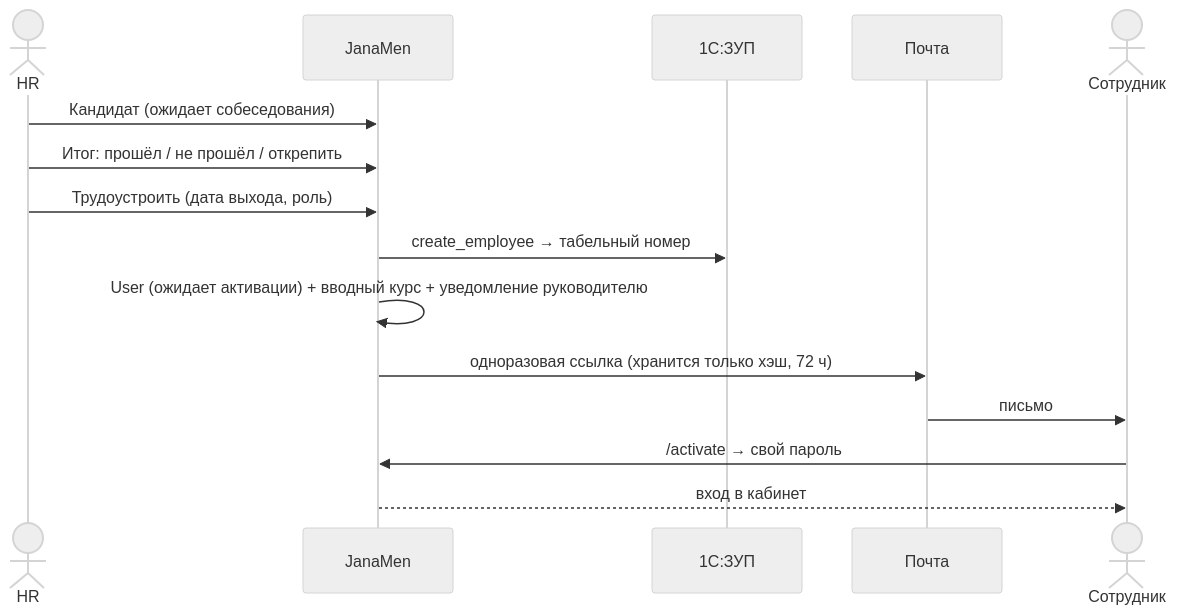
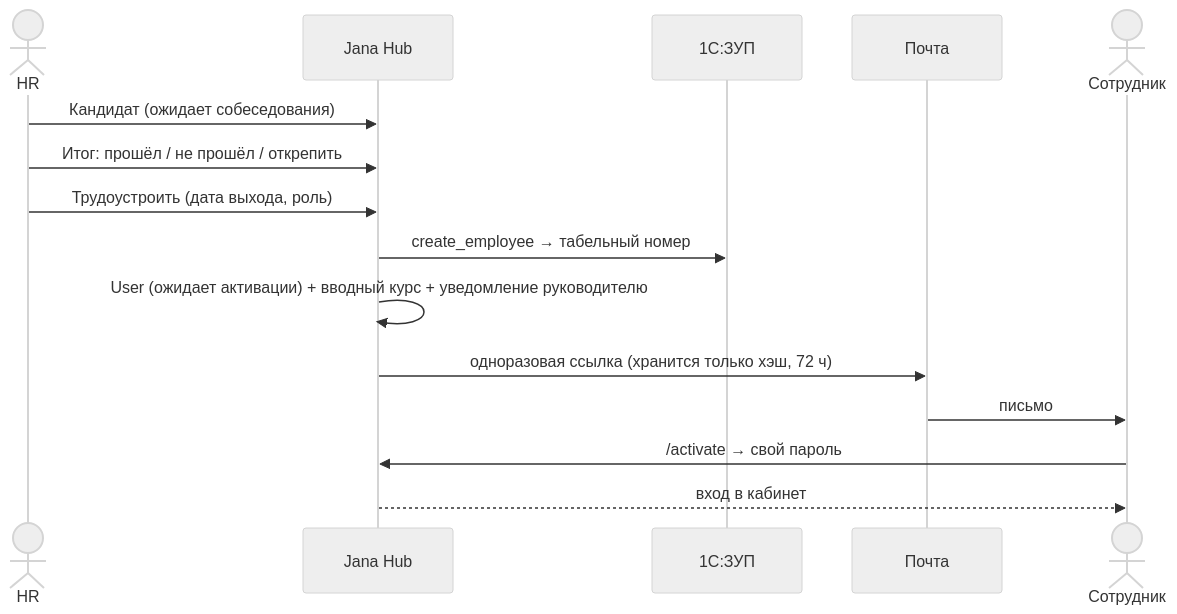
One commit to saynzz/Digital-HR-POSTTECH changed the third of 3 diagrams in docs/ARCHITECTURE.md. Above: the diagram before and after it, drawn with Mermaid (neutral theme). The commit also changed other lines of this file and 28 other files, not shown here.

````diff
--- a/docs/ARCHITECTURE.md
+++ b/docs/ARCHITECTURE.md
@@ -71,17 +71,17 @@
 ```mermaid
 sequenceDiagram
   actor HR
-  participant P as JanaMen
+  participant P as Jana Hub
   participant Z as 1С:ЗУП
   participant M as Почта
   actor E as Сотрудник
   HR->>P: Кандидат (ожидает собеседования)
   HR->>P: Итог: прошёл / не прошёл / открепить
   HR->>P: Трудоустроить (дата выхода, роль)
   P->>Z: create_employee → табельный номер
   P->>P: User (ожидает активации) + вводный курс + уведомление руководителю
   P->>M: одноразовая ссылка (хранится только хэш, 72 ч)
   M->>E: письмо
   E->>P: /activate → свой пароль
   P-->>E: вход в кабинет
 ```
````
